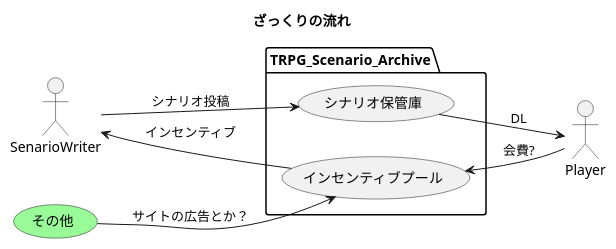
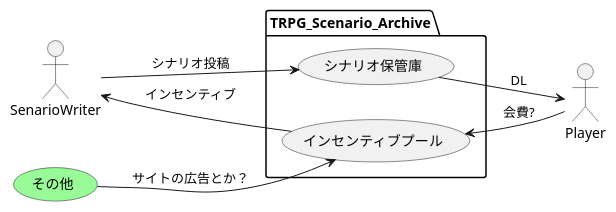
The diagram in ideas/uml/useCase.pu (yu-taki000/TRPG_Scenario_Archive), drawn with PlantUML before and after one commit. The commit also changed 4 other files, not shown here.

```diff
--- a/ideas/uml/useCase.pu
+++ b/ideas/uml/useCase.pu
@@ -1,26 +1,25 @@
 @startuml
-title ざっくりの流れ
 
 left to right direction
 
 actor Player as pl
 actor SenarioWriter as SW
 
 package TRPG_Scenario_Archive {
     usecase シナリオ保管庫 as storage
     usecase インセンティブプール as pool
 }
 
 '人の動き
 SW --> storage : シナリオ投稿
 SW <-- pool :インセンティブ
 
 'システムからの流れ
 storage --> pl : DL
 pool <-- pl :会費?
 
 usecase その他 as other #palegreen
 other --> pool:サイトの広告とか？
 
 
 @enduml
```
